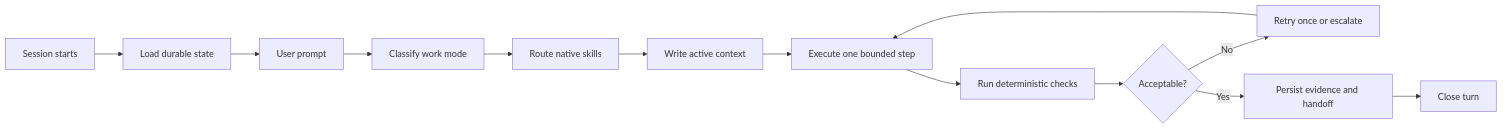
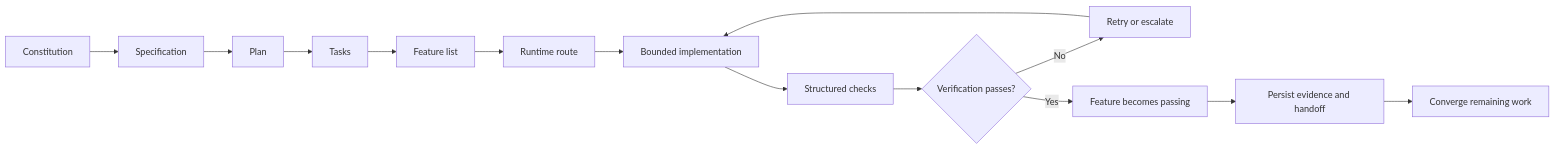
One commit to SiddheshKGupta/Escapement changed the diagram in README.md. Above: the diagram before and after it, drawn with Mermaid. The commit also changed other lines of this file and 80 other files, not shown here.

````diff
--- a/README.md
+++ b/README.md
@@ -239,15 +227,16 @@
 ```mermaid
 flowchart LR
-    A[Session starts] --> B[Load durable state]
-    B --> C[User prompt]
-    C --> D[Classify work mode]
-    D --> E[Route native skills]
-    E --> F[Write active context]
-    F --> G[Execute one bounded step]
-    G --> H[Run deterministic checks]
-    H --> I{Acceptable?}
-    I -- No --> J[Retry once or escalate]
+    A[Constitution] --> B[Specification]
+    B --> C[Plan]
+    C --> D[Tasks]
+    D --> E[Feature list]
+    E --> F[Runtime route]
+    F --> G[Bounded implementation]
+    G --> H[Structured checks]
+    H --> I{Verification passes?}
+    I -- No --> J[Retry or escalate]
     J --> G
-    I -- Yes --> K[Persist evidence and handoff]
-    K --> L[Close turn]
+    I -- Yes --> K[Feature becomes passing]
+    K --> L[Persist evidence and handoff]
+    L --> M[Converge remaining work]
 ```
````
